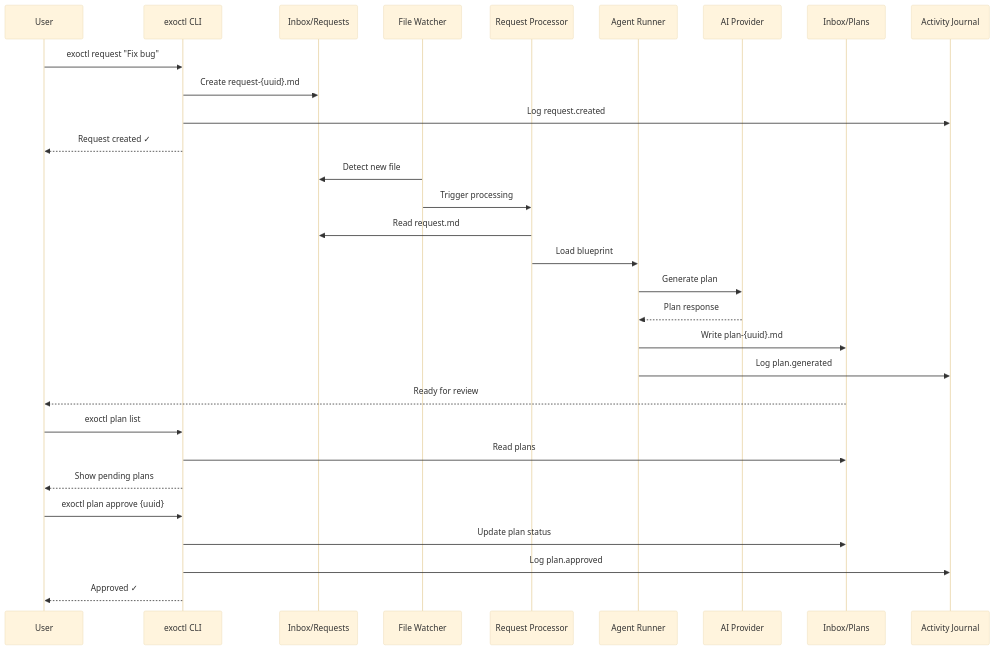
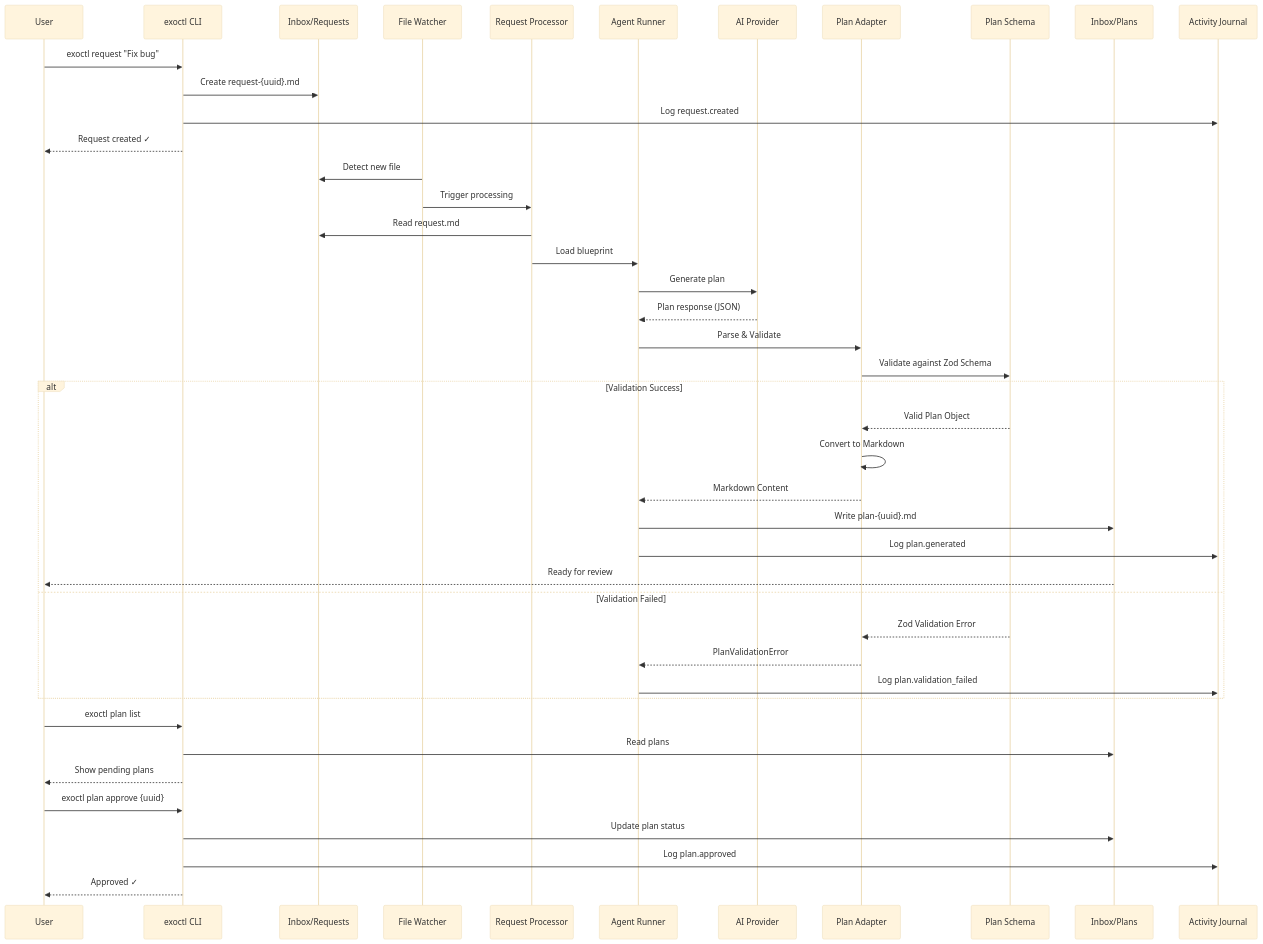
The second of 12 diagrams in docs/ExoFrame_Architecture.md (dostark/exoframe-public), drawn with Mermaid (base theme) before and after one commit. The commit also changed other lines of this file and 5 other files, not shown here.

First line of the commit message:
docs: Consolidate documentation and update architecture diagrams

````diff
--- a/docs/ExoFrame_Architecture.md
+++ b/docs/ExoFrame_Architecture.md
@@ -160,36 +162,51 @@
 ```mermaid
 sequenceDiagram
     participant U as User
     participant CLI as exoctl CLI
     participant I as Inbox/Requests
     participant W as File Watcher
     participant RP as Request Processor
     participant AR as Agent Runner
     participant AI as AI Provider
+    participant PA as Plan Adapter
+    participant PS as Plan Schema
     participant P as Inbox/Plans
     participant DB as Activity Journal
-    
+
     U->>CLI: exoctl request "Fix bug"
     CLI->>I: Create request-{uuid}.md
     CLI->>DB: Log request.created
     CLI-->>U: Request created ✓
-    
+
     W->>I: Detect new file
     W->>RP: Trigger processing
     RP->>I: Read request.md
     RP->>AR: Load blueprint
     AR->>AI: Generate plan
-    AI-->>AR: Plan response
-    AR->>P: Write plan-{uuid}.md
-    AR->>DB: Log plan.generated
-    P-->>U: Ready for review
-    
+    AI-->>AR: Plan response (JSON)
+
+    AR->>PA: Parse & Validate
+    PA->>PS: Validate against Zod Schema
+
+    alt Validation Success
+        PS-->>PA: Valid Plan Object
+        PA->>PA: Convert to Markdown
+        PA-->>AR: Markdown Content
+        AR->>P: Write plan-{uuid}.md
+        AR->>DB: Log plan.generated
+        P-->>U: Ready for review
+    else Validation Failed
+        PS-->>PA: Zod Validation Error
+        PA-->>AR: PlanValidationError
+        AR->>DB: Log plan.validation_failed
+    end
+
     U->>CLI: exoctl plan list
     CLI->>P: Read plans
     CLI-->>U: Show pending plans
-    
+
     U->>CLI: exoctl plan approve {uuid}
     CLI->>P: Update plan status
     CLI->>DB: Log plan.approved
     CLI-->>U: Approved ✓
 ```
````
